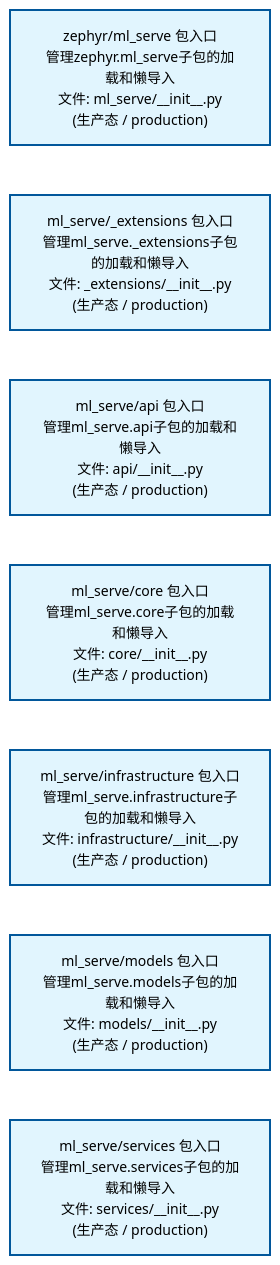
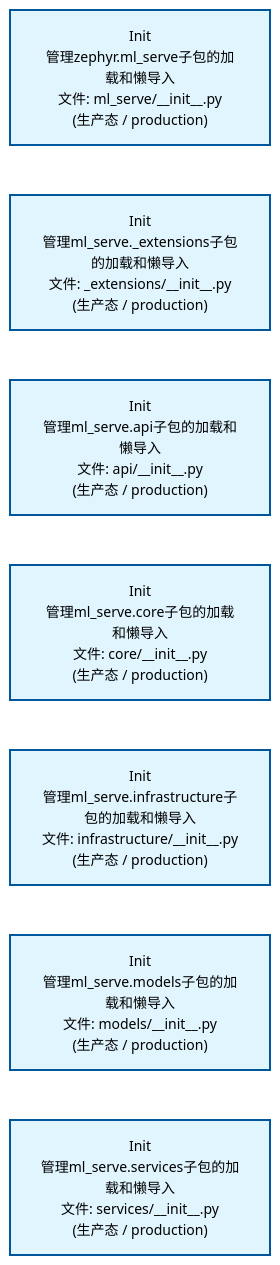
One commit to xuanFelixVan/ZephyrAlpha changed the second of 2 diagrams in docs/02_enterprise_architecture/02_domain_architecture_docs/60_d_ml_serve.md. Above: the diagram before and after it, drawn with Mermaid. The commit also changed other lines of this file and 58 other files, not shown here.

````diff
--- a/docs/02_enterprise_architecture/02_domain_architecture_docs/60_d_ml_serve.md
+++ b/docs/02_enterprise_architecture/02_domain_architecture_docs/60_d_ml_serve.md
@@ -80,22 +80,22 @@
 ```mermaid
 %%{init: {'theme': 'base', 'themeVariables': {'primaryColor': '#eaeaea', 'primaryTextColor': '#333333', 'primaryBorderColor': '#666666', 'lineColor': '#666666', 'secondaryColor': '#eaeaea', 'tertiaryColor': '#eaeaea', 'fontSize': '14px'}}}%%
 flowchart TD
-    src_zephyr_ml_serve_init_py["zephyr/ml_serve 包入口<br/>管理zephyr.ml_serve子包的加载和懒导入<br/>文件: ml_serve/__init__.py<br/>(生产态 / production)"]
-    src_zephyr_ml_serve_extensions_init_py["ml_serve/_extensions 包入口<br/>管理ml_serve._extensions子包的加载和懒导入<br/>文件: _extensions/__init__.py<br/>(生产态 / production)"]
-    src_zephyr_ml_serve_api_init_py["ml_serve/api 包入口<br/>管理ml_serve.api子包的加载和懒导入<br/>文件: api/__init__.py<br/>(生产态 / production)"]
-    src_zephyr_ml_serve_core_init_py["ml_serve/core 包入口<br/>管理ml_serve.core子包的加载和懒导入<br/>文件: core/__init__.py<br/>(生产态 / production)"]
-    src_zephyr_ml_serve_infrastructure_init_py["ml_serve/infrastructure 包入口<br/>管理ml_serve.infrastructure子包的加载和懒导入<br/>文件: infrastructure/__init__.py<br/>(生产态 / production)"]
-    src_zephyr_ml_serve_models_init_py["ml_serve/models 包入口<br/>管理ml_serve.models子包的加载和懒导入<br/>文件: models/__init__.py<br/>(生产态 / production)"]
-    src_zephyr_ml_serve_services_init_py["ml_serve/services 包入口<br/>管理ml_serve.services子包的加载和懒导入<br/>文件: services/__init__.py<br/>(生产态 / production)"]
+    src_zephyr_ml_serve_init_py["Init<br/>管理zephyr.ml_serve子包的加载和懒导入<br/>文件: ml_serve/__init__.py<br/>(生产态 / production)"]
+    src_zephyr_ml_serve_extensions_init_py["Init<br/>管理ml_serve._extensions子包的加载和懒导入<br/>文件: _extensions/__init__.py<br/>(生产态 / production)"]
+    src_zephyr_ml_serve_api_init_py["Init<br/>管理ml_serve.api子包的加载和懒导入<br/>文件: api/__init__.py<br/>(生产态 / production)"]
+    src_zephyr_ml_serve_core_init_py["Init<br/>管理ml_serve.core子包的加载和懒导入<br/>文件: core/__init__.py<br/>(生产态 / production)"]
+    src_zephyr_ml_serve_infrastructure_init_py["Init<br/>管理ml_serve.infrastructure子包的加载和懒导入<br/>文件: infrastructure/__init__.py<br/>(生产态 / production)"]
+    src_zephyr_ml_serve_models_init_py["Init<br/>管理ml_serve.models子包的加载和懒导入<br/>文件: models/__init__.py<br/>(生产态 / production)"]
+    src_zephyr_ml_serve_services_init_py["Init<br/>管理ml_serve.services子包的加载和懒导入<br/>文件: services/__init__.py<br/>(生产态 / production)"]
     src_zephyr_ml_serve_init_py ~~~ src_zephyr_ml_serve_extensions_init_py
     src_zephyr_ml_serve_extensions_init_py ~~~ src_zephyr_ml_serve_api_init_py
     src_zephyr_ml_serve_api_init_py ~~~ src_zephyr_ml_serve_core_init_py
     src_zephyr_ml_serve_core_init_py ~~~ src_zephyr_ml_serve_infrastructure_init_py
     src_zephyr_ml_serve_infrastructure_init_py ~~~ src_zephyr_ml_serve_models_init_py
     src_zephyr_ml_serve_models_init_py ~~~ src_zephyr_ml_serve_services_init_py
     classDef production fill:#e1f5fe,stroke:#01579b,stroke-width:2px,color:#000
     classDef design fill:#fff3e0,stroke:#e65100,stroke-width:2px,color:#000,stroke-dasharray: 5 5
     classDef external_prod fill:#e8f4fd,stroke:#0277bd,stroke-width:1px,color:#000
     classDef external_design fill:#fff8e7,stroke:#ef6c00,stroke-width:1px,color:#000,stroke-dasharray: 5 5
     class src_zephyr_ml_serve_init_py,src_zephyr_ml_serve_extensions_init_py,src_zephyr_ml_serve_api_init_py,src_zephyr_ml_serve_core_init_py,src_zephyr_ml_serve_infrastructure_init_py,src_zephyr_ml_serve_models_init_py,src_zephyr_ml_serve_services_init_py production
 ```
````
